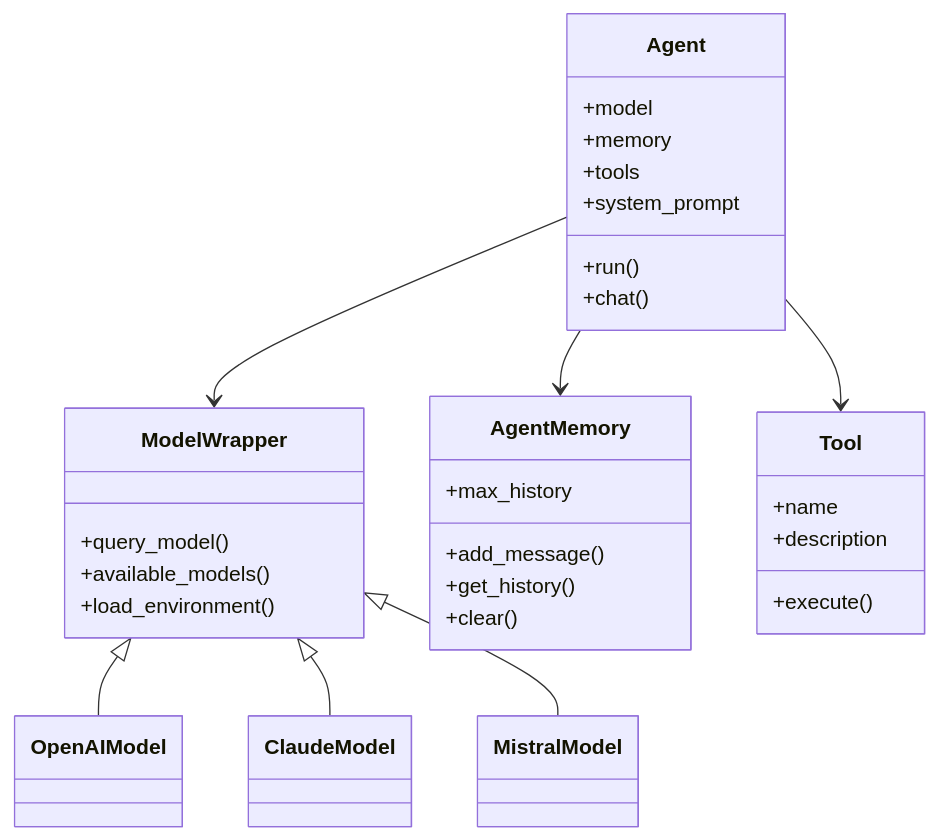
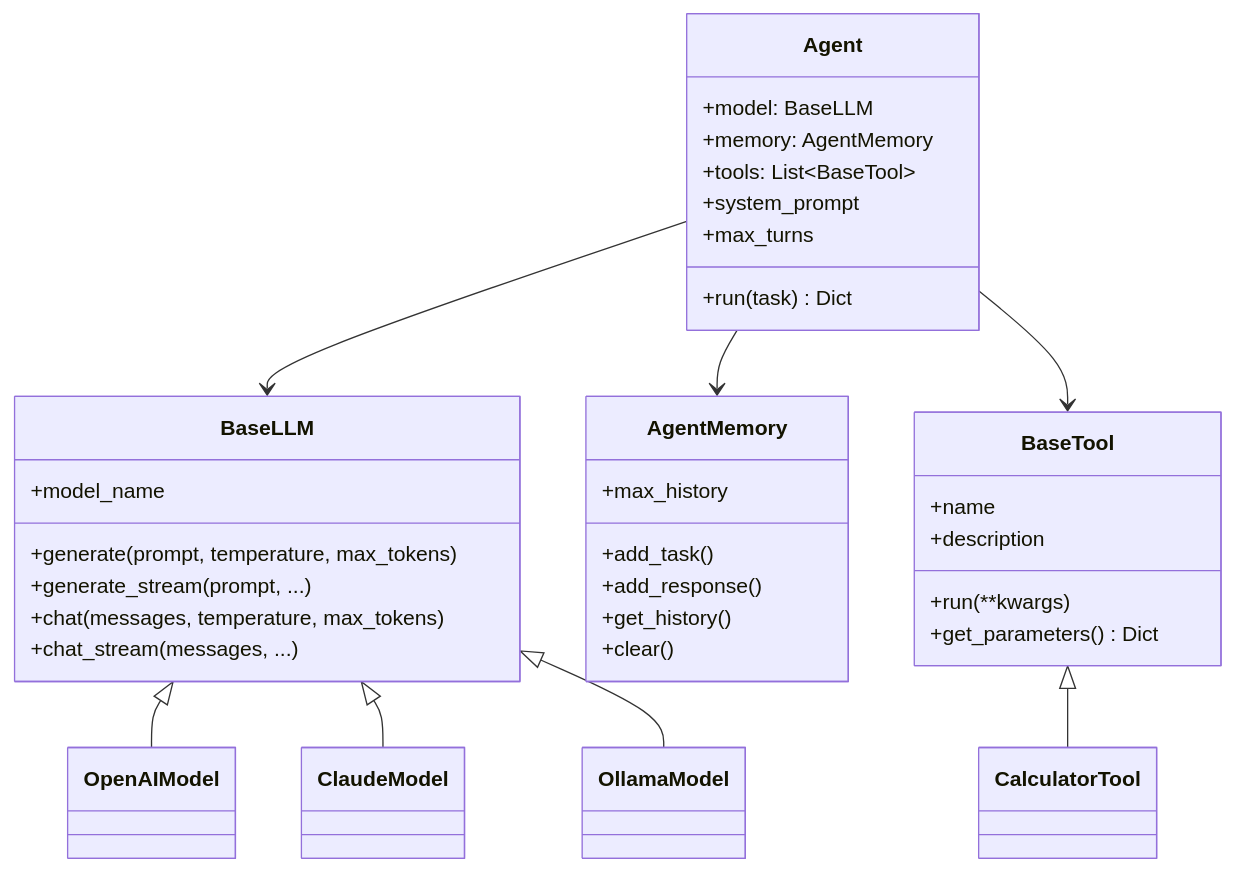
One commit to multimindlab/multimind-sdk changed the second of 7 diagrams in docs/architecture.md. Above: the diagram before and after it, drawn with Mermaid. The commit also changed other lines of this file and 274 other files, not shown here.

````diff
--- a/docs/architecture.md
+++ b/docs/architecture.md
@@ -293,37 +84,38 @@
 ```mermaid
 classDiagram
-    class ModelWrapper {
-        +query_model()
-        +available_models()
-        +load_environment()
+    class BaseLLM {
+        +model_name
+        +generate(prompt, temperature, max_tokens)
+        +generate_stream(prompt, ...)
+        +chat(messages, temperature, max_tokens)
+        +chat_stream(messages, ...)
     }
-    
     class Agent {
-        +model
-        +memory
-        +tools
+        +model: BaseLLM
+        +memory: AgentMemory
+        +tools: List~BaseTool~
         +system_prompt
-        +run()
-        +chat()
+        +max_turns
+        +run(task) Dict
     }
-    
     class AgentMemory {
         +max_history
-        +add_message()
+        +add_task()
+        +add_response()
         +get_history()
         +clear()
     }
-    
-    class Tool {
+    class BaseTool {
         +name
         +description
-        +execute()
+        +run(**kwargs)
+        +get_parameters() Dict
     }
-    
-    ModelWrapper <|-- OpenAIModel
-    ModelWrapper <|-- ClaudeModel
-    ModelWrapper <|-- MistralModel
-    Agent --> ModelWrapper
+    BaseLLM <|-- OpenAIModel
+    BaseLLM <|-- ClaudeModel
+    BaseLLM <|-- OllamaModel
+    Agent --> BaseLLM
     Agent --> AgentMemory
-    Agent --> Tool
+    Agent --> BaseTool
+    BaseTool <|-- CalculatorTool
 ```
````
